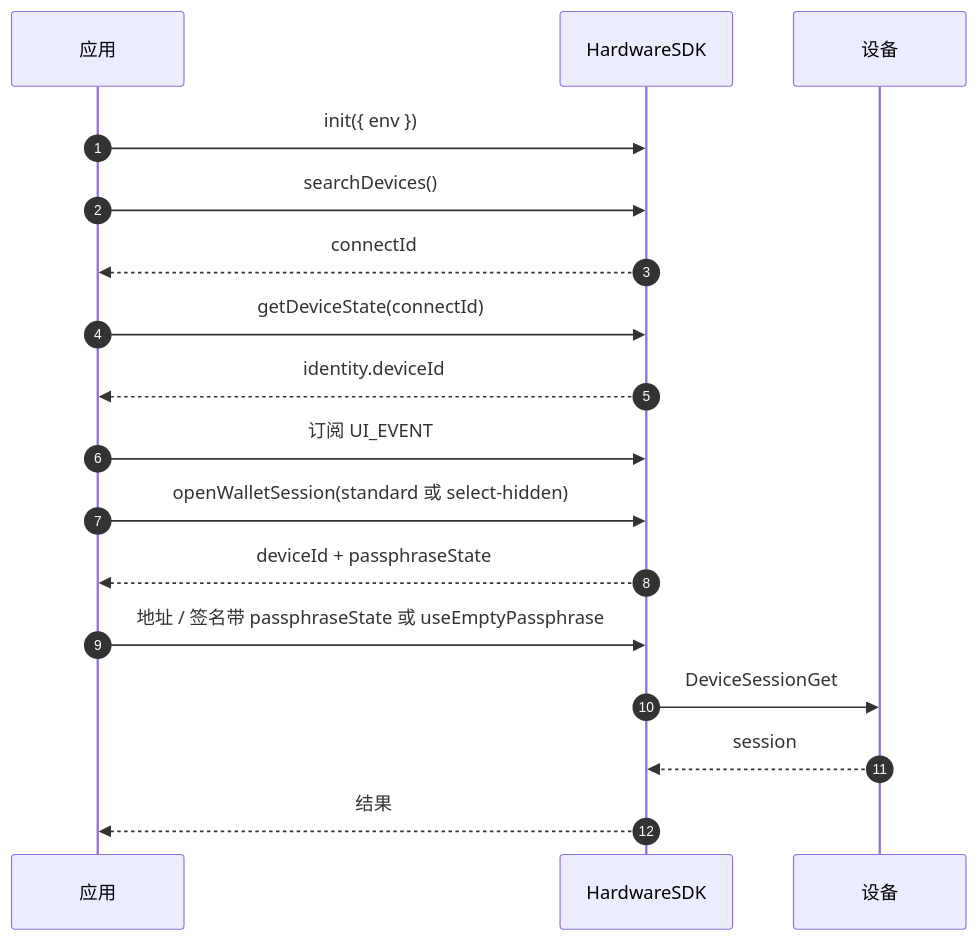
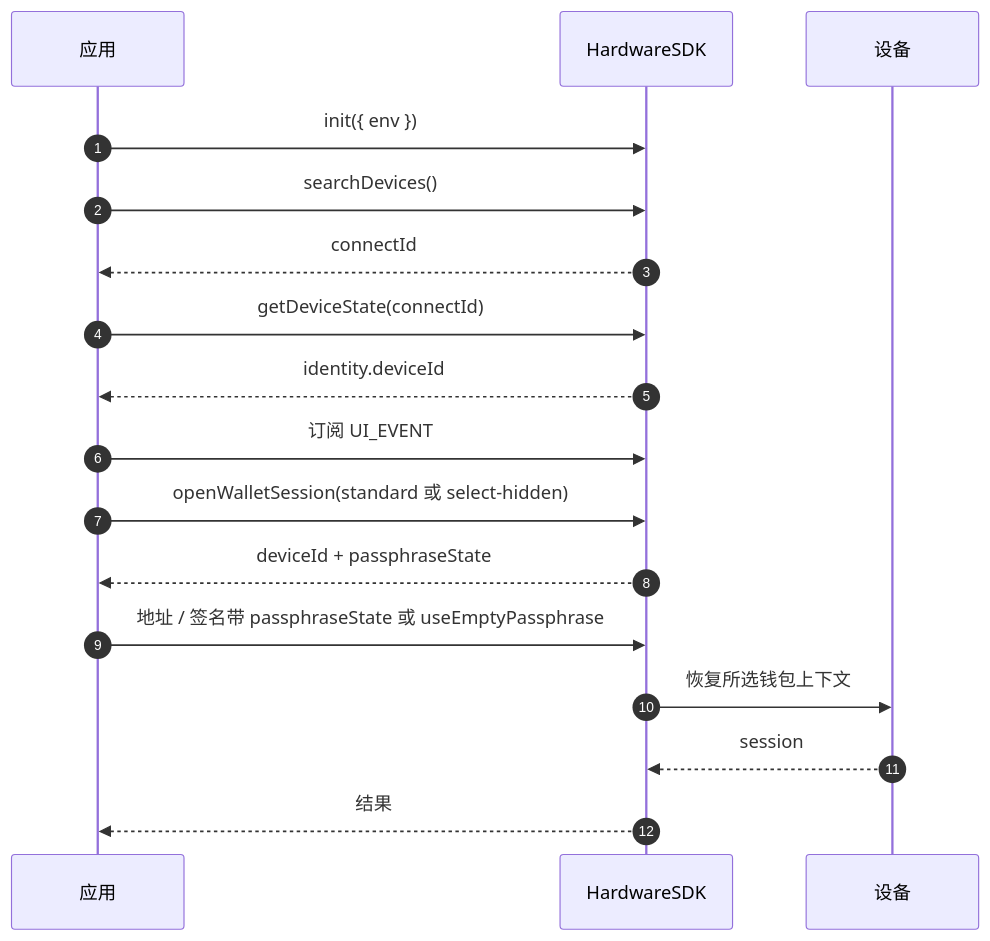
Before and after one commit to OneKeyHQ/hardware-js-sdk: the diagram in packages/connect-examples/developer-portal/content/zh/hardware-sdk/core-api-guide.mdx, drawn with Mermaid. The commit also changed other lines of this file and 719 other files, not shown here.

````diff
--- a/packages/connect-examples/developer-portal/content/zh/hardware-sdk/core-api-guide.mdx
+++ b/packages/connect-examples/developer-portal/content/zh/hardware-sdk/core-api-guide.mdx
@@ -31,20 +32,20 @@
 ```mermaid
 sequenceDiagram
   autonumber
   participant App as 应用
   participant SDK as HardwareSDK
   participant Device as 设备
 
   App->>SDK: init({ env })
   App->>SDK: searchDevices()
   SDK-->>App: connectId
   App->>SDK: getDeviceState(connectId)
   SDK-->>App: identity.deviceId
   App->>SDK: 订阅 UI_EVENT
   App->>SDK: openWalletSession(standard 或 select-hidden)
   SDK-->>App: deviceId + passphraseState
   App->>SDK: 地址 / 签名带 passphraseState 或 useEmptyPassphrase
-  SDK->>Device: DeviceSessionGet
+  SDK->>Device: 恢复所选钱包上下文
   Device-->>SDK: session
   SDK-->>App: 结果
 ```
````
